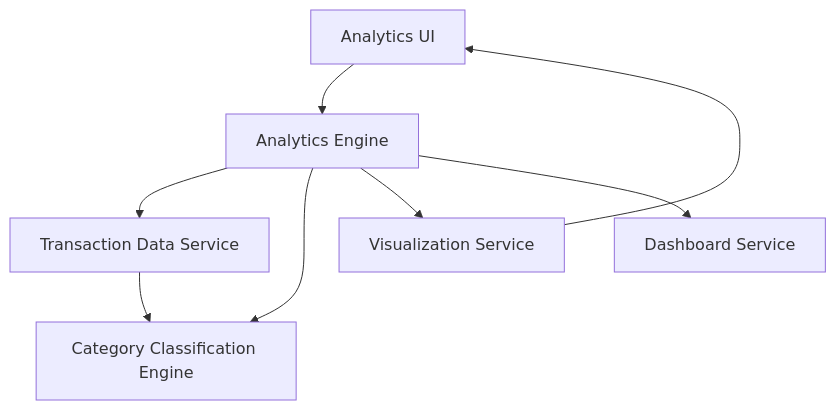
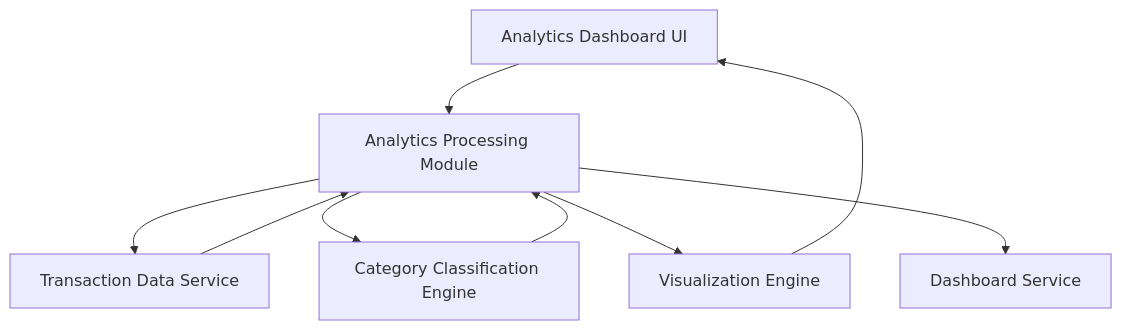
Before and after one commit to AAVA-Demo/APB_Demo: the diagram in HLD/QE-8600_HLD.md, drawn with Mermaid. The commit also changed other lines of this file and 5 other files, not shown here.

````diff
--- a/HLD/QE-8600_HLD.md
+++ b/HLD/QE-8600_HLD.md
@@ -7,16 +7,17 @@
 ```mermaid
 flowchart TD
-    A["Analytics UI"]
-    B["Analytics Engine"]
+    A["Analytics Dashboard UI"]
+    B["Analytics Processing Module"]
     C["Transaction Data Service"]
     D["Category Classification Engine"]
-    E["Visualization Service"]
+    E["Visualization Engine"]
     F["Dashboard Service"]
     A --> B
     B --> C
     B --> D
-    C --> D
+    C --> B
+    D --> B
     B --> E
     E --> A
     B --> F
 ```
````
